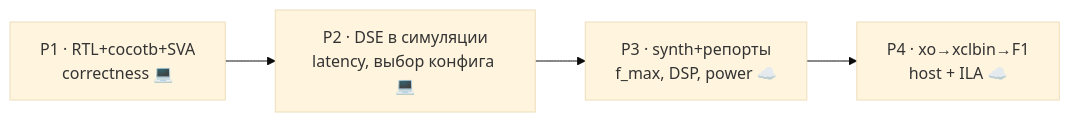
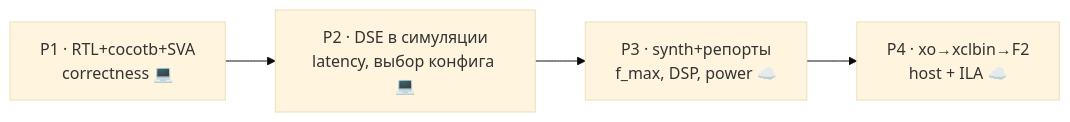
One commit to AlexOnTheStorm/systolic-gemm-kernelgen changed the diagram in README.md. Above: the diagram before and after it, drawn with Mermaid (base theme). The commit also changed other lines of this file and 11 other files, not shown here.

First line of the commit message:
Retarget hardware flow from AWS F1 (VU9P) to F2 (VU47P)

````diff
--- a/README.md
+++ b/README.md
@@ -49,6 +49,6 @@
 ```mermaid
 flowchart LR
   P1["P1 · RTL+cocotb+SVA<br/>correctness 💻"] --> P2["P2 · DSE в симуляции<br/>latency, выбор конфига 💻"]
   P2 --> P3["P3 · synth+репорты<br/>f_max, DSP, power ☁️"]
-  P3 --> P4["P4 · xo→xclbin→F1<br/>host + ILA ☁️"]
+  P3 --> P4["P4 · xo→xclbin→F2<br/>host + ILA ☁️"]
 ```
````
